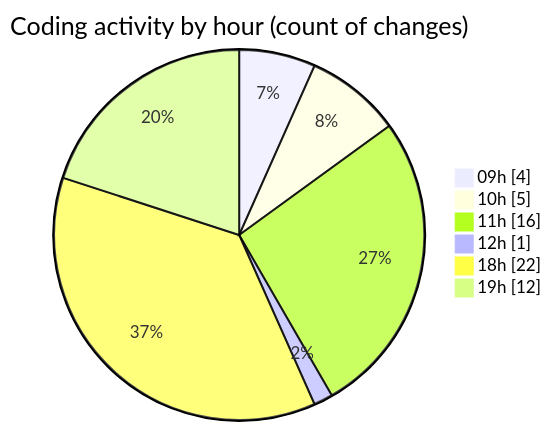
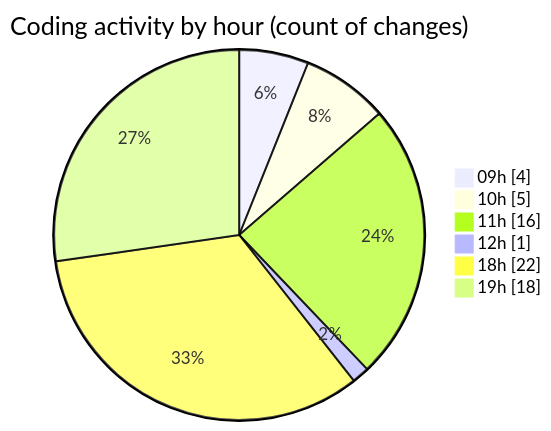
The second of 2 diagrams in 2025-04-28/cda/README.md (momahboobian/code-tracking), drawn with Mermaid before and after one commit. The commit also changed other lines of this file and 1 other file, not shown here.

````diff
--- a/2025-04-28/cda/README.md
+++ b/2025-04-28/cda/README.md
@@ -53,10 +53,10 @@
 ```mermaid
 pie showData
 title Coding activity by hour (count of changes)
 "09h" : 4
 "10h" : 5
 "11h" : 16
 "12h" : 1
 "18h" : 22
-"19h" : 12
+"19h" : 18
 ```
````
